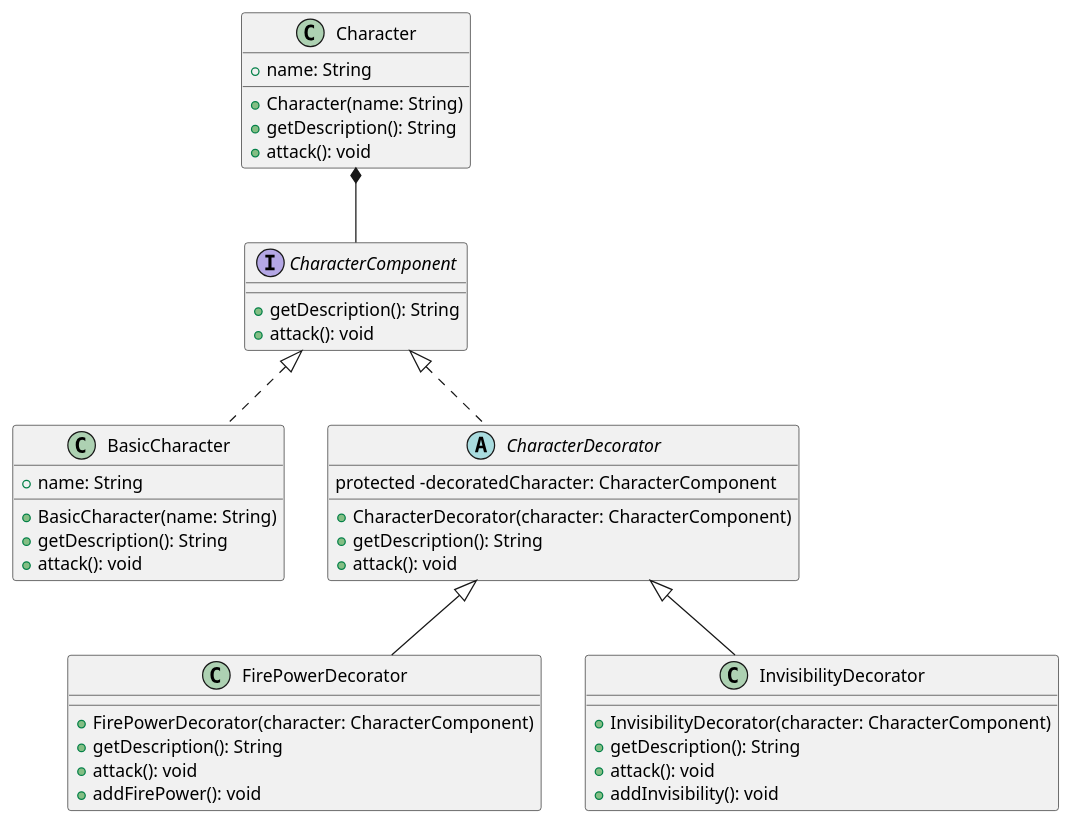
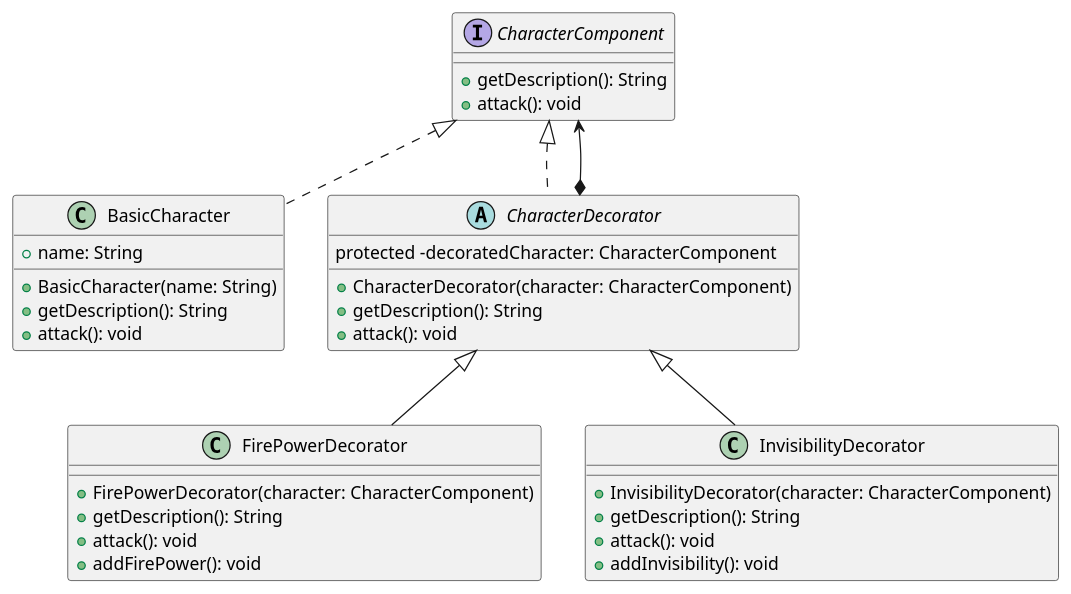
The diagram in UML/Decorator/character.decorator.plantuml (project-survivor/documentation), drawn with PlantUML before and after one commit. The commit also changed 6 other files, not shown here.

```diff
--- a/UML/Decorator/character.decorator.plantuml
+++ b/UML/Decorator/character.decorator.plantuml
@@ -1,46 +1,39 @@
 @startuml
 hide footbox
-
-class Character {
-    +name: String
-    +Character(name: String)
-    +getDescription(): String
-    +attack(): void
-}
 
 interface CharacterComponent {
     +getDescription(): String
     +attack(): void
 }
 
 class BasicCharacter implements CharacterComponent {
     +name: String
     +BasicCharacter(name: String)
     +getDescription(): String
     +attack(): void
 }
 
 abstract class CharacterDecorator implements CharacterComponent {
     protected -decoratedCharacter: CharacterComponent
     +CharacterDecorator(character: CharacterComponent)
     +getDescription(): String
     +attack(): void
 }
 
 class FirePowerDecorator extends CharacterDecorator {
     +FirePowerDecorator(character: CharacterComponent)
     +getDescription(): String
     +attack(): void
     +addFirePower(): void
 }
 
 class InvisibilityDecorator extends CharacterDecorator {
     +InvisibilityDecorator(character: CharacterComponent)
     +getDescription(): String
     +attack(): void
     +addInvisibility(): void
 }
 
-Character *-- CharacterComponent
+CharacterDecorator *--> CharacterComponent
 
 @enduml
```
